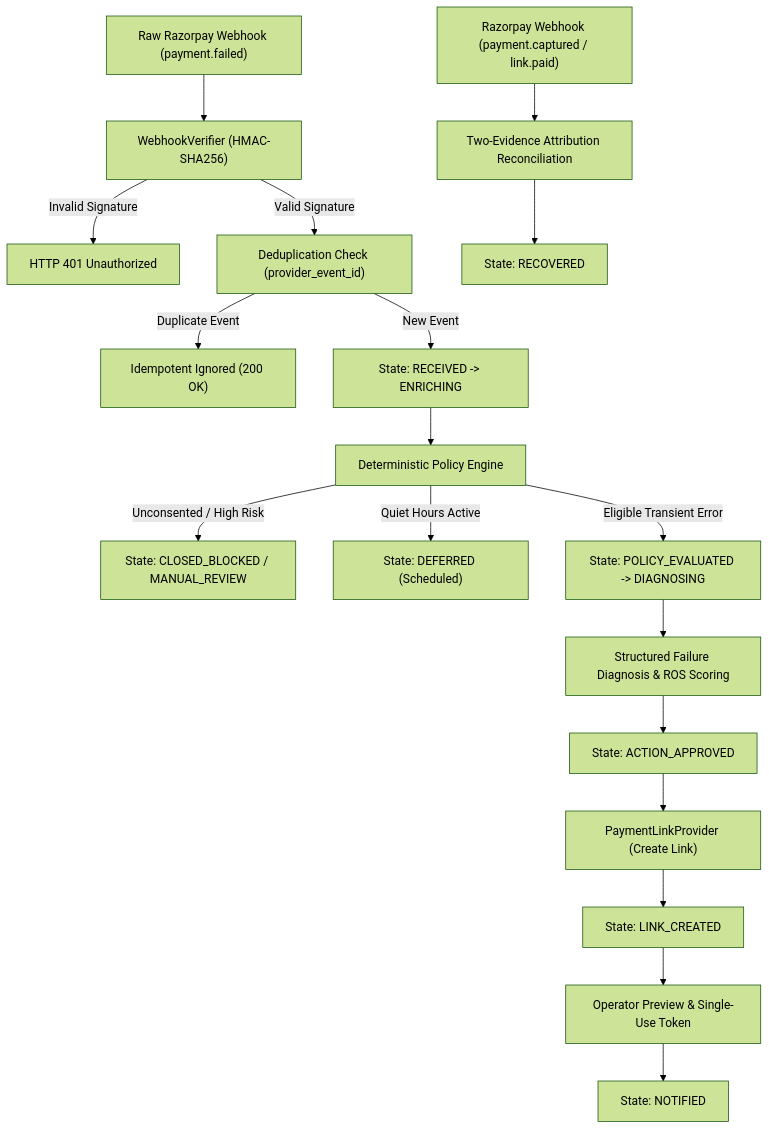
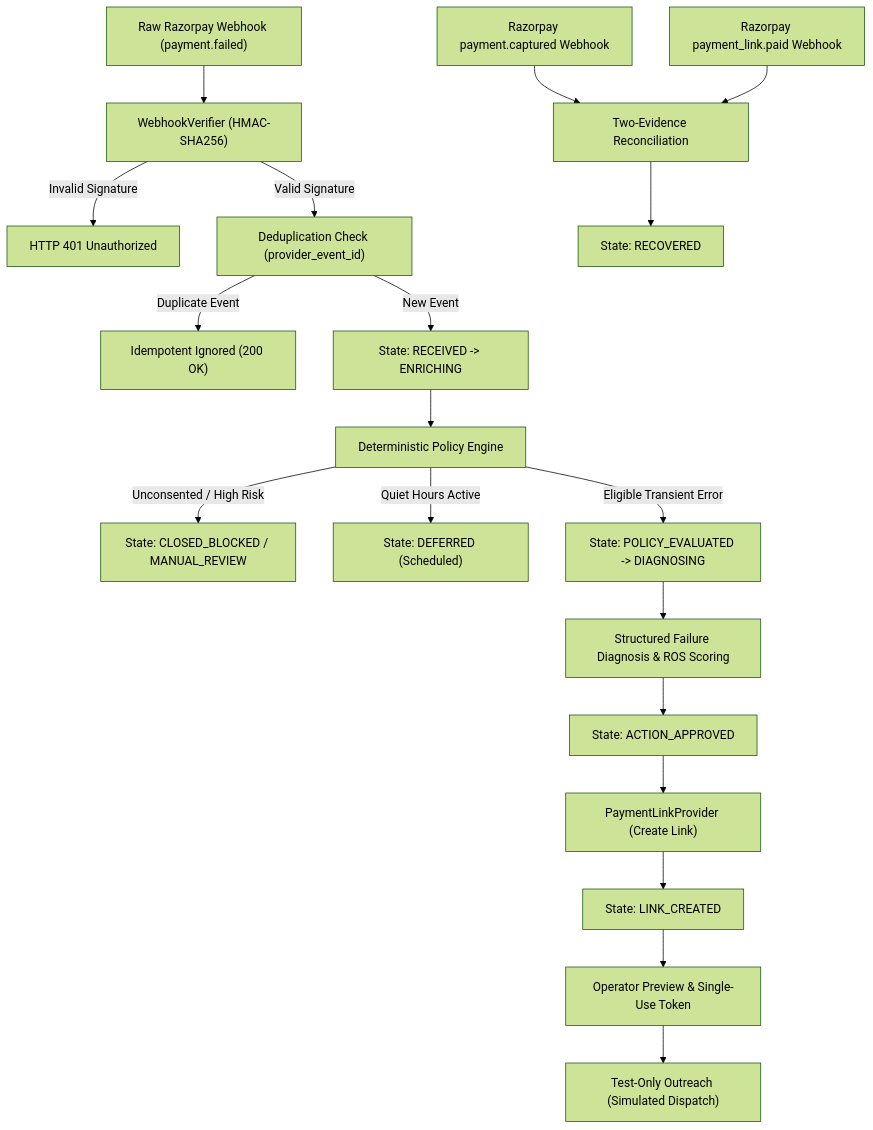
Before and after one commit to manish930s/retrypay: the diagram in docs/ARCHITECTURE.md, drawn with Mermaid (forest theme). The commit also changed 1 other file, not shown here.

Commit message:
docs: update Mermaid diagrams with separate two-evidence webhook nodes and test-only outreach label

````diff
--- a/docs/ARCHITECTURE.md
+++ b/docs/ARCHITECTURE.md
@@ -44,23 +44,24 @@
 ```mermaid
 flowchart TD
     A["Raw Razorpay Webhook (payment.failed)"] --> B["WebhookVerifier (HMAC-SHA256)"]
     B -->|Invalid Signature| C["HTTP 401 Unauthorized"]
     B -->|Valid Signature| D["Deduplication Check (provider_event_id)"]
     D -->|Duplicate Event| E["Idempotent Ignored (200 OK)"]
     D -->|New Event| F["State: RECEIVED -> ENRICHING"]
     F --> G["Deterministic Policy Engine"]
     
     G -->|Unconsented / High Risk| H["State: CLOSED_BLOCKED / MANUAL_REVIEW"]
     G -->|Quiet Hours Active| I["State: DEFERRED (Scheduled)"]
     G -->|Eligible Transient Error| J["State: POLICY_EVALUATED -> DIAGNOSING"]
     
     J --> K["Structured Failure Diagnosis & ROS Scoring"]
     K --> L["State: ACTION_APPROVED"]
     L --> M["PaymentLinkProvider (Create Link)"]
     M --> N["State: LINK_CREATED"]
     N --> O["Operator Preview & Single-Use Token"]
-    O --> P["State: NOTIFIED"]
+    O --> P["Test-Only Outreach (Simulated Dispatch)"]
     
-    Q["Razorpay Webhook (payment.captured / link.paid)"] --> R["Two-Evidence Attribution Reconciliation"]
+    Q1["Razorpay payment.captured Webhook"] --> R["Two-Evidence Reconciliation"]
+    Q2["Razorpay payment_link.paid Webhook"] --> R
     R --> S["State: RECOVERED"]
 ```
````
